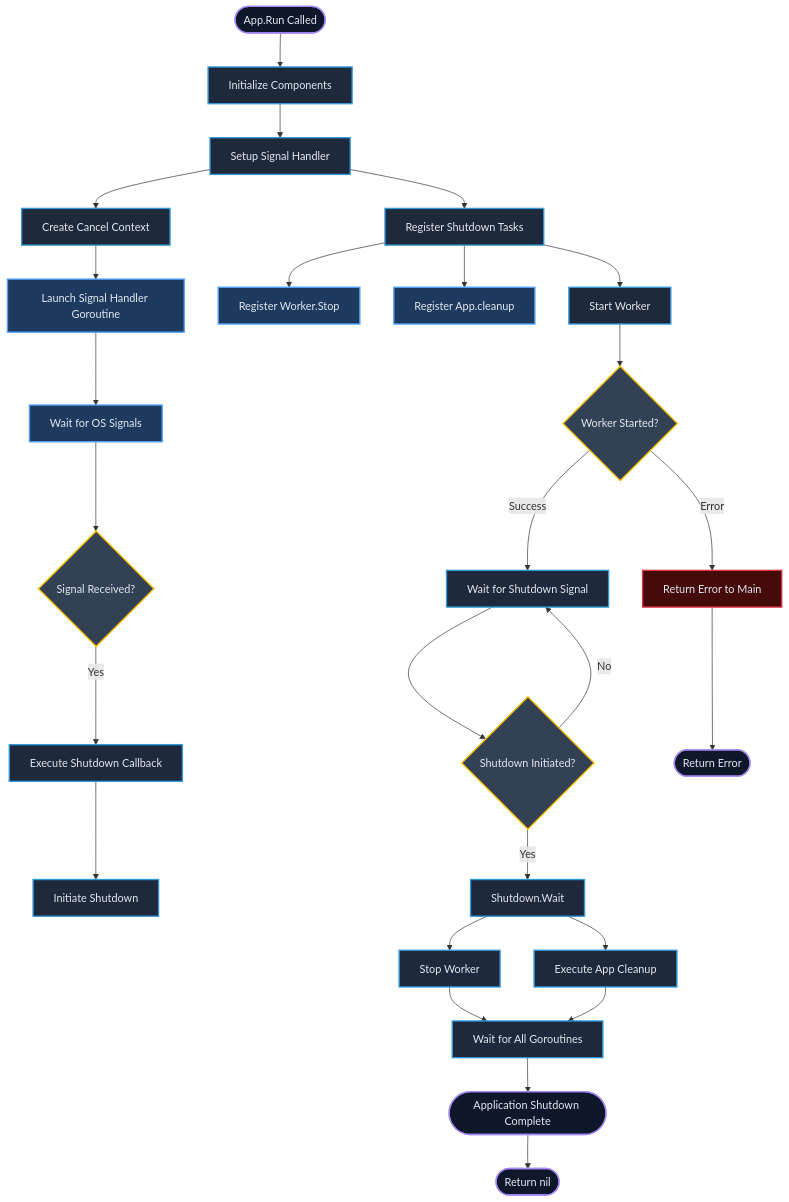
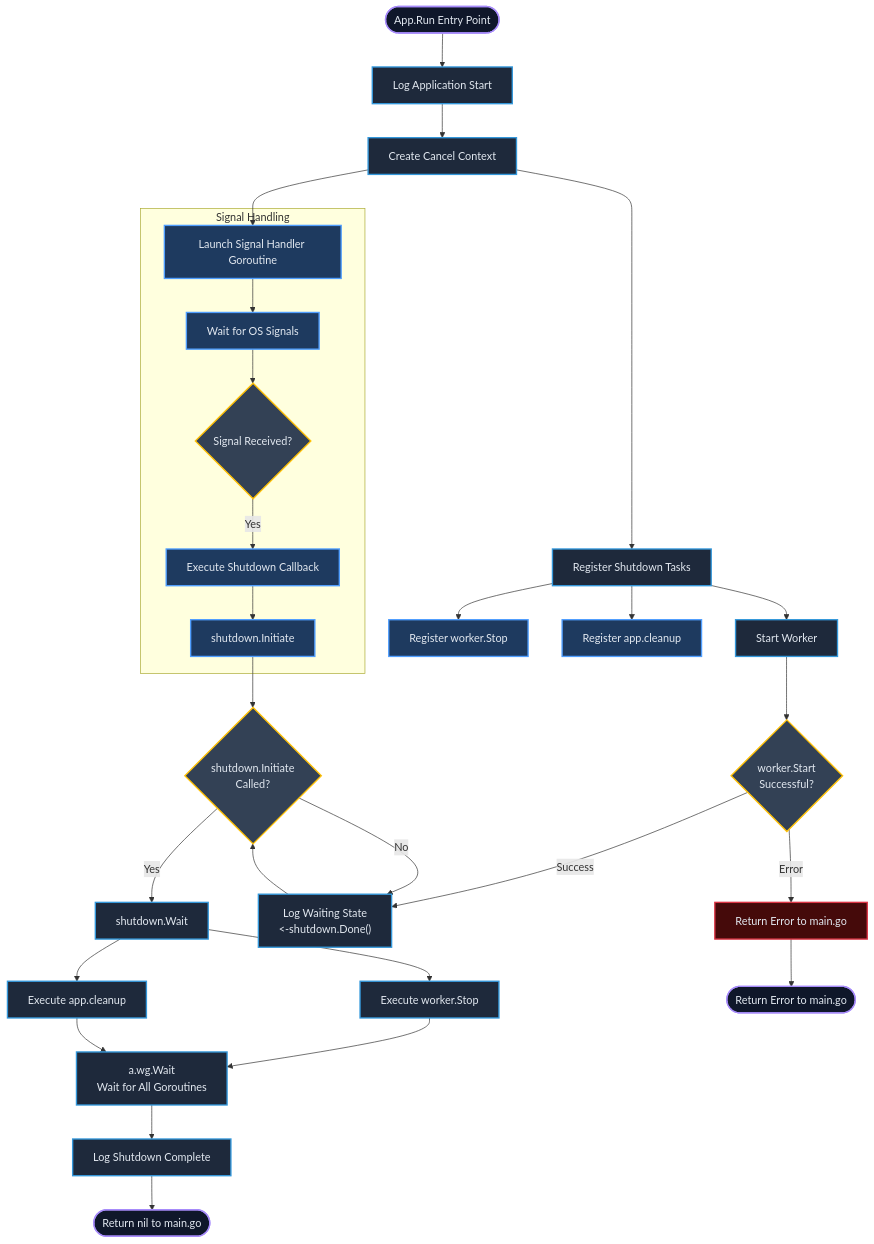
Before and after one commit to amir-mohammad-HP/crontask: the diagram in .flowchart/data/mermaid/internal-app-app.go.mmd, drawn with Mermaid. The commit also changed 2 other files, not shown here.

Commit message:
improve the layout and mermaid on app flowchart

```diff
--- a/.flowchart/data/mermaid/internal-app-app.go.mmd
+++ b/.flowchart/data/mermaid/internal-app-app.go.mmd
@@ -1,51 +1,56 @@
 flowchart TD
-    Start([App.Run Called]) --> Init[Initialize Components]
+    Start([App.Run Entry Point]) --> DebugStart[Log Application Start]
 
-    Init --> SignalSetup[Setup Signal Handler]
-    SignalSetup --> Context[Create Cancel Context]
+    DebugStart --> Context[Create Cancel Context]
     Context --> SignalGoroutine[Launch Signal Handler Goroutine]
 
-    SignalGoroutine --> WaitSignal[Wait for OS Signals]
-    WaitSignal --> SignalReceived{Signal Received?}
-    SignalReceived -->|Yes| ShutdownCallback[Execute Shutdown Callback]
-    ShutdownCallback --> ShutdownInit[Initiate Shutdown]
+    subgraph "Signal Handling"
+        SignalGoroutine --> WaitSignal[Wait for OS Signals]
+        WaitSignal --> SignalReceived{Signal Received?}
+        SignalReceived -->|Yes| ShutdownCallback[Execute Shutdown Callback]
+        ShutdownCallback --> ShutdownInit[shutdown.Initiate]
+    end
 
-    SignalSetup --> RegisterTasks[Register Shutdown Tasks]
-    RegisterTasks --> RegisterWorker[Register Worker.Stop]
-    RegisterTasks --> RegisterApp[Register App.cleanup]
+    Context --> RegisterTasks[Register Shutdown Tasks]
+    RegisterTasks --> RegisterWorker[Register worker.Stop]
+    RegisterTasks --> RegisterApp[Register app.cleanup]
 
     RegisterTasks --> StartWorker[Start Worker]
-    StartWorker --> WorkerStatus{Worker Started?}
-    WorkerStatus -->|Error| ReturnError[Return Error to Main]
-    WorkerStatus -->|Success| WaitShutdown[Wait for Shutdown Signal]
+    StartWorker --> WorkerStatus{worker.Start <br> Successful?}
+    WorkerStatus -->|Error| ReturnError[Return Error to main.go]
+    WorkerStatus -->|Success| WaitShutdown["Log Waiting State <br> <-shutdown.Done()"]
 
-    WaitShutdown --> ShutdownTrigger{Shutdown Initiated?}
+    WaitShutdown --> ShutdownTrigger{shutdown.Initiate <br> Called?}
     ShutdownTrigger -->|No| WaitShutdown
-    ShutdownTrigger -->|Yes| ShutdownWait[Shutdown.Wait]
+    ShutdownTrigger -->|Yes| ShutdownWait[shutdown.Wait]
 
-    ShutdownWait --> WorkerStop[Stop Worker]
-    ShutdownWait --> AppCleanup[Execute App Cleanup]
+    ShutdownInit --> ShutdownTrigger
 
-    WorkerStop --> WaitGroup[Wait for All Goroutines]
+    ShutdownWait --> WorkerStop[Execute worker.Stop]
+    ShutdownWait --> AppCleanup[Execute app.cleanup]
+
+    WorkerStop --> WaitGroup[a.wg.Wait <br> Wait for All Goroutines]
     AppCleanup --> WaitGroup
 
-    WaitGroup --> Complete([Application Shutdown Complete])
+    WaitGroup --> Complete[Log Shutdown Complete]
+    Complete --> ExitSuccess([Return nil to main.go])
 
-    ReturnError --> ExitError([Return Error])
-    Complete --> ExitSuccess([Return nil])
+    ReturnError --> ExitError([Return Error to main.go])
 
     %% Styling
     classDef process fill:#1e293b,stroke:#3498db,stroke-width:2px,color:#e2e8f0
     classDef decision fill:#334155,stroke:#ffc107,stroke-width:2px,color:#e2e8f0
     classDef terminator fill:#0f172a,stroke:#a78bfa,stroke-width:2px,color:#e2e8f0
     classDef error fill:#450a0a,stroke:#dc3545,stroke-width:2px,color:#e2e8f0
     classDef component fill:#1e3a5f,stroke:#4f9eff,stroke-width:2px,color:#e2e8f0
+    classDef subgraphStyle fill:#1e293b,stroke:#64748b,stroke-width:2px
 
-    class Start,ExitSuccess,ExitError,Complete terminator
+    class Start,ExitSuccess,ExitError terminator
     class WorkerStatus,SignalReceived,ShutdownTrigger decision
-    class Init,SignalSetup,Context,RegisterTasks process
-    class SignalGoroutine,WaitSignal component
-    class ShutdownCallback,ShutdownInit,StartWorker,WaitShutdown process
+    class DebugStart,Context,RegisterTasks,StartWorker process
+    class SignalGoroutine,WaitSignal,ShutdownCallback,ShutdownInit component
     class RegisterWorker,RegisterApp component
-    class ShutdownWait,WorkerStop,AppCleanup,WaitGroup process
+    class WaitShutdown,ShutdownWait,WorkerStop,AppCleanup process
+    class WaitGroup,Complete process
     class ReturnError error
+    class ShutdownInit,ShutdownTrigger critical
```
